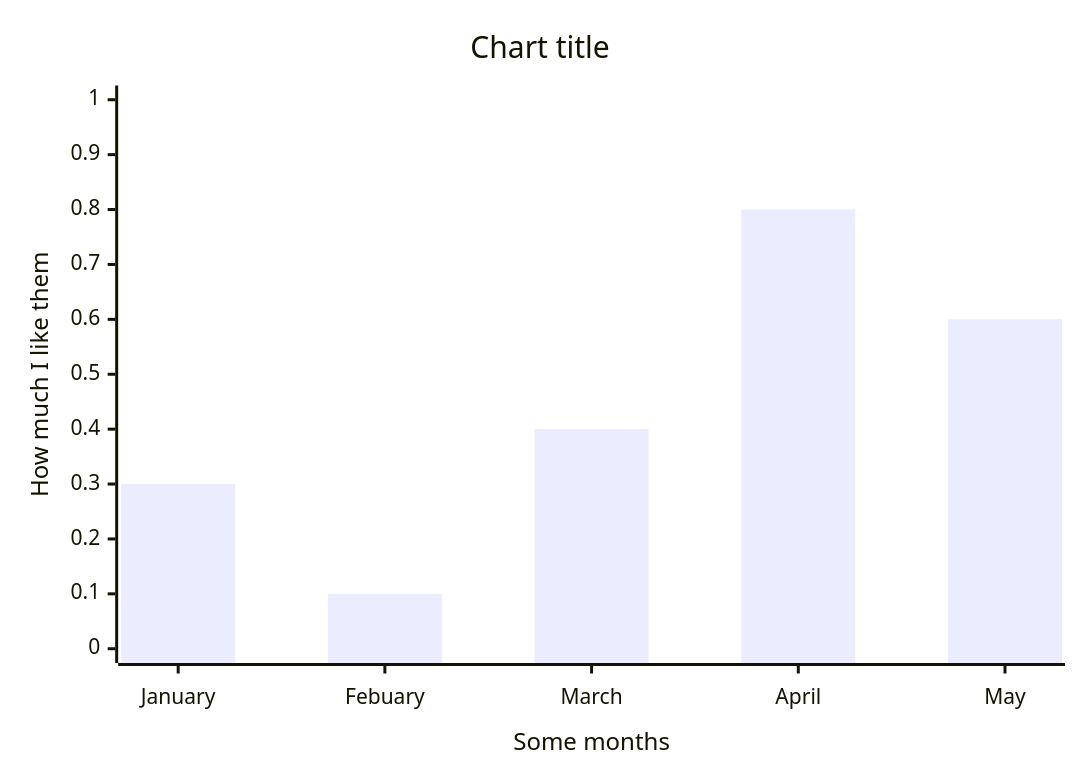
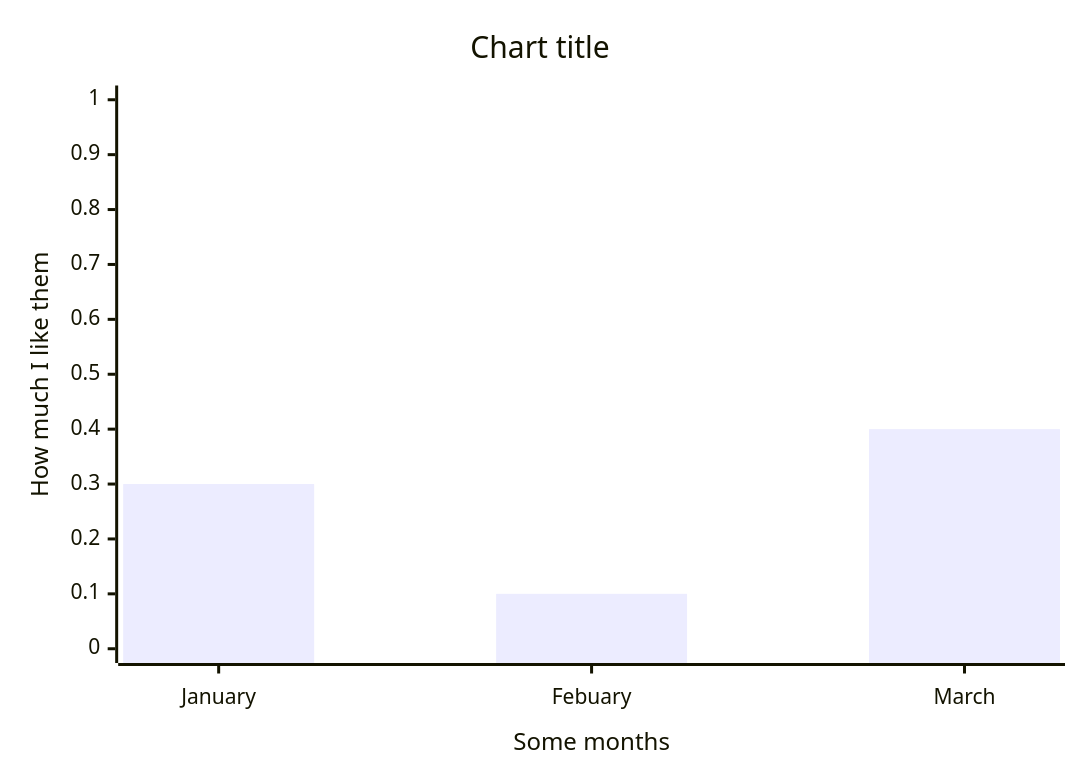
Before and after one commit to JakeSteam/Mermaid: diagram 16 of 21 in readme.md, drawn with Mermaid. The commit also changed other lines of this file, not shown here.

````diff
--- a/readme.md
+++ b/readme.md
@@ -492,8 +492,8 @@
 ```mermaid
 xychart-beta
     title "Chart title"
-    x-axis "Some months" [January, Febuary, March, April, May]
+    x-axis "Some months" [January, Febuary, March]
     y-axis "How much I like them" 0.0 --> 1.0
-    bar [0.3, 0.1, 0.4, 0.8, 0.6]
-    line [5000, 6000, 7500, 8200, 9500]
+    bar [0.3, 0.1, 0.4]
+    line [5000, 6000, 7500]
 ```
````
